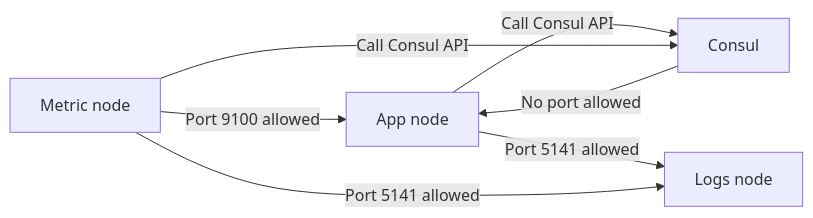
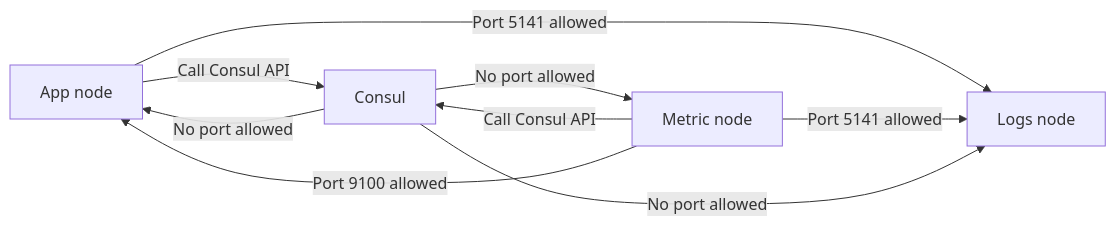
Before and after one commit to apentori/firewall-automation: the diagram in readme.md, drawn with Mermaid.

Commit message:
Update Chart

`````diff
--- a/readme.md
+++ b/readme.md
@@ -40,14 +40,16 @@
 ````mermaid
 flowchart LR
   VM1[App node]
   VM2[Metric node]
   VM3[Logs node]
   VM4[Consul]
 
   VM1-- Call Consul API --> VM4
   VM2-- Call Consul API --> VM4
   VM2 -- Port 9100 allowed --> VM1
   VM1 -- Port 5141 allowed --> VM3
   VM2 -- Port 5141 allowed --> VM3
   VM4 -- No port allowed --> VM1
+  VM4 -- No port allowed --> VM2
+  VM4 -- No port allowed --> VM3
 ````
`````
